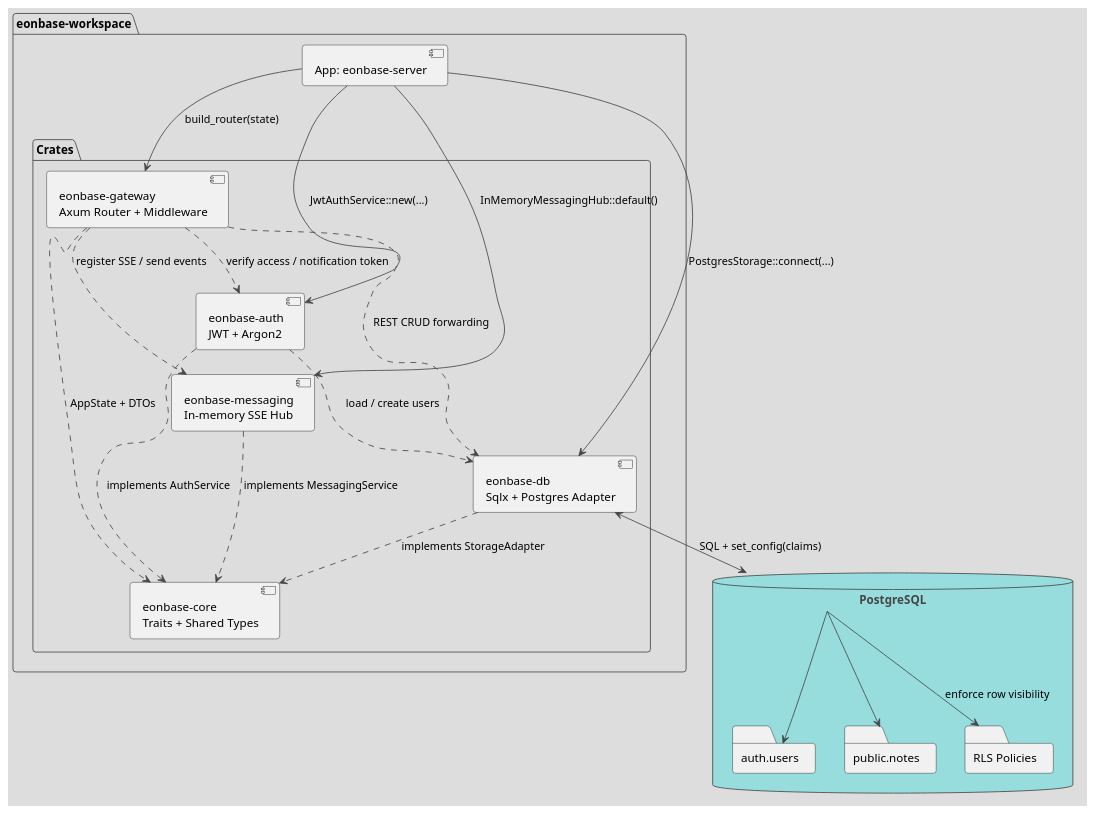
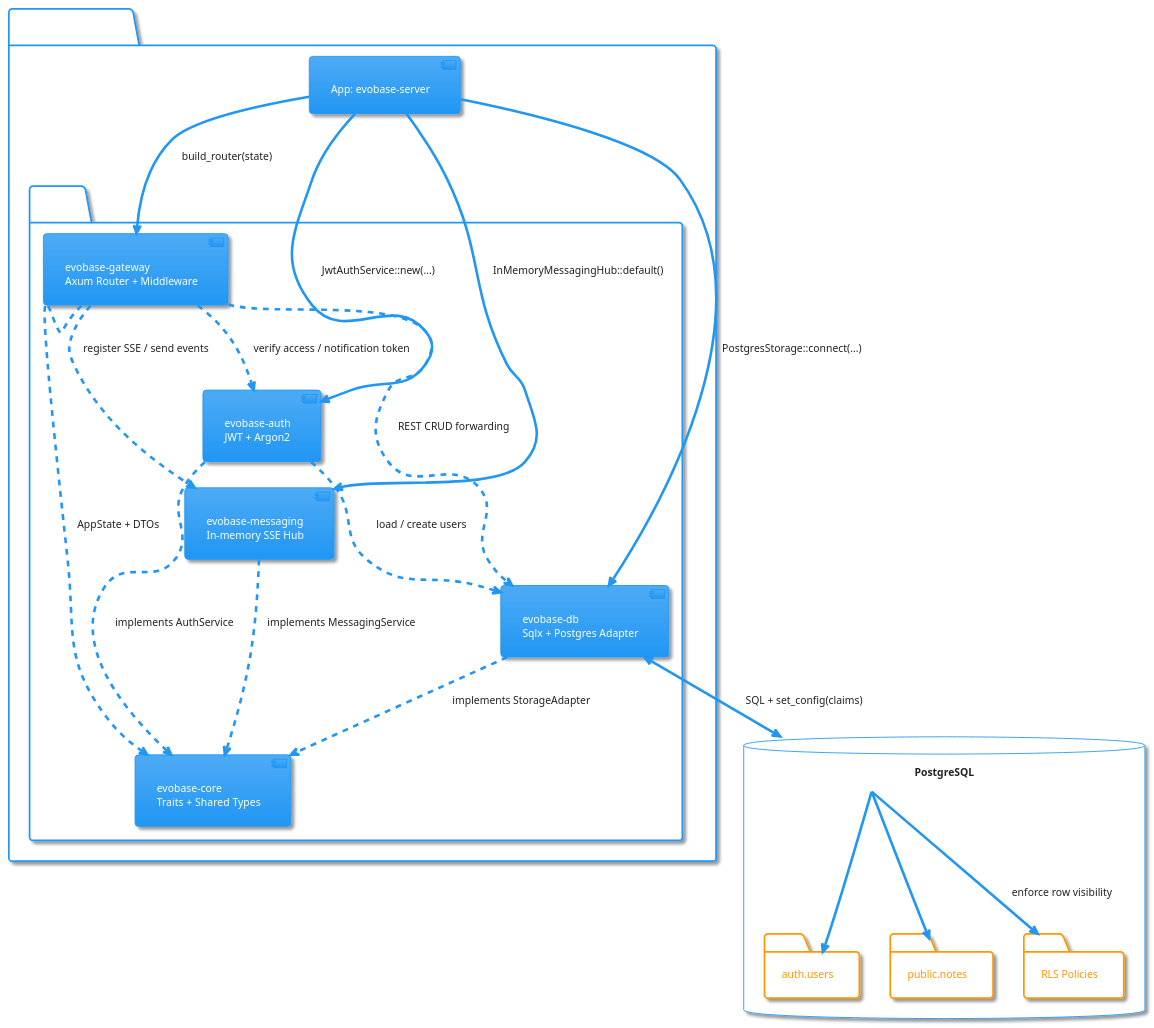
One commit to loveoverflowcom/evobase changed the diagram in docs/diagrams/01_component_overview.puml. Above: the diagram before and after it, drawn with PlantUML. The commit also changed 47 other files, not shown here.

```diff
--- a/docs/diagrams/01_component_overview.puml
+++ b/docs/diagrams/01_component_overview.puml
@@ -1,42 +1,42 @@
-@startuml Eonbase_Component_Overview
-!theme toy
+@startuml Evobase_Component_Overview
+!theme materia
 skinparam componentStyle uml2
 
-package "eonbase-workspace" {
-    [App: eonbase-server] as server
+package "evobase-workspace" {
+    [App: evobase-server] as server
 
     package "Crates" {
-        [eonbase-gateway\nAxum Router + Middleware] as gateway
-        [eonbase-auth\nJWT + Argon2] as auth
-        [eonbase-messaging\nIn-memory SSE Hub] as messaging
-        [eonbase-db\nSqlx + Postgres Adapter] as db
-        [eonbase-core\nTraits + Shared Types] as core
+        [evobase-gateway\nAxum Router + Middleware] as gateway
+        [evobase-auth\nJWT + Argon2] as auth
+        [evobase-messaging\nIn-memory SSE Hub] as messaging
+        [evobase-db\nSqlx + Postgres Adapter] as db
+        [evobase-core\nTraits + Shared Types] as core
     }
 }
 
 database "PostgreSQL" as postgres {
     folder "auth.users" as users
     folder "public.notes" as notes
     folder "RLS Policies" as rls
 }
 
 server --> gateway : build_router(state)
 server --> auth : JwtAuthService::new(...)
 server --> db : PostgresStorage::connect(...)
 server --> messaging : InMemoryMessagingHub::default()
 
 gateway ..> auth : verify access / notification token
 gateway ..> messaging : register SSE / send events
 gateway ..> db : REST CRUD forwarding
 gateway ..> core : AppState + DTOs
 
 auth ..> db : load / create users
 auth ..> core : implements AuthService
 messaging ..> core : implements MessagingService
 db ..> core : implements StorageAdapter
 
 db <--> postgres : SQL + set_config(claims)
 postgres --> rls : enforce row visibility
 postgres --> users
 postgres --> notes
 @enduml
```
